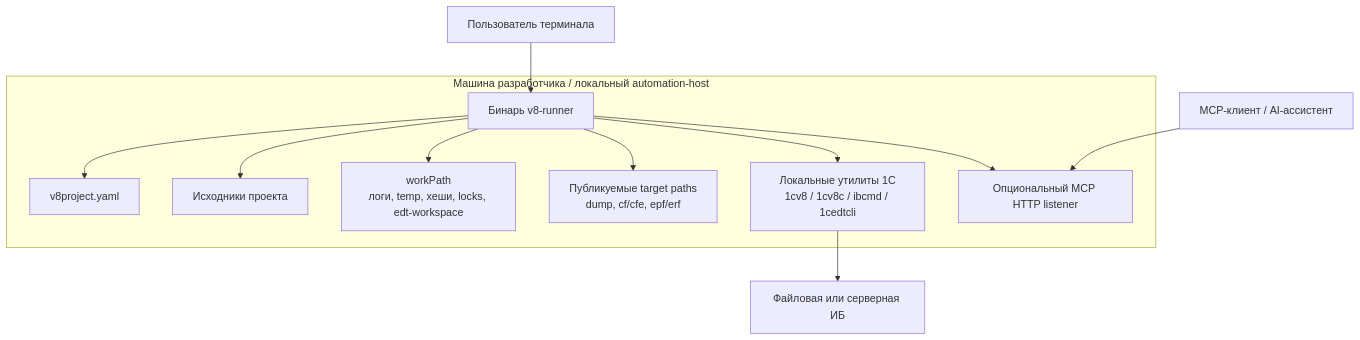
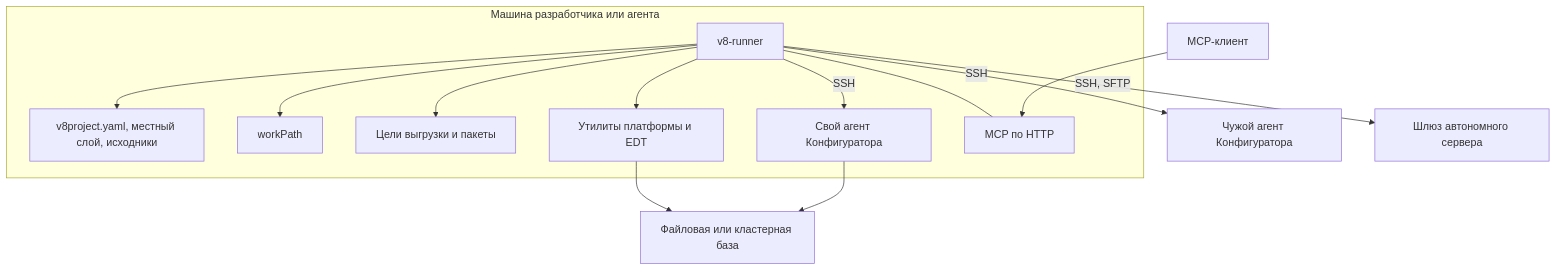
The diagram in spec/arc42/07-deployment-view.md (IngvarConsulting/v8-runner-rust), drawn with Mermaid before and after one commit. The commit also changed other lines of this file and 28 other files, not shown here.

First line of the commit message:
docs(arc42): описание сверено с кодом, карта модулей одна — ARCHITECTURE.md снят (#292)

````diff
--- a/spec/arc42/07-deployment-view.md
+++ b/spec/arc42/07-deployment-view.md
@@ -5,20 +3,20 @@
 ```mermaid
 flowchart TB
-    subgraph Host["Машина разработчика / локальный automation-host"]
-        Binary["Бинарь v8-runner"]
-        Config["v8project.yaml"]
-        Sources["Исходники проекта"]
-        Work["workPath\nлоги, temp, хеши, locks, edt-workspace"]
-        Targets["Публикуемые target paths\ndump, cf/cfe, epf/erf"]
-        Binary --> Config
-        Binary --> Sources
-        Binary --> Work
-        Binary --> Targets
-        Binary --> Tools["Локальные утилиты 1С\n1cv8 / 1cv8c / ibcmd / 1cedtcli"]
-        Binary --> HTTP["Опциональный MCP HTTP listener"]
+    subgraph Host["Машина разработчика или агента"]
+        Bin["v8-runner"]
+        Files["v8project.yaml, местный слой, исходники"]
+        Work["workPath"]
+        Targets["Цели выгрузки и пакеты"]
+        Tools["Утилиты платформы и EDT"]
+        Own["Свой агент Конфигуратора"]
+        Listener["MCP по HTTP"]
+        Bin --> Files & Work & Targets & Tools
+        Bin -->|SSH| Own
+        Bin --- Listener
     end
-
-    Assistant["MCP-клиент / AI-ассистент"] --> HTTP
-    Developer["Пользователь терминала"] --> Binary
-    Tools --> Infobase["Файловая или серверная ИБ"]
+    Client["MCP-клиент"] --> Listener
+    Tools --> IB["Файловая или кластерная база"]
+    Own --> IB
+    Bin -->|SSH| Attached["Чужой агент Конфигуратора"]
+    Bin -->|"SSH, SFTP"| Gate["Шлюз автономного сервера"]
 ```
````
